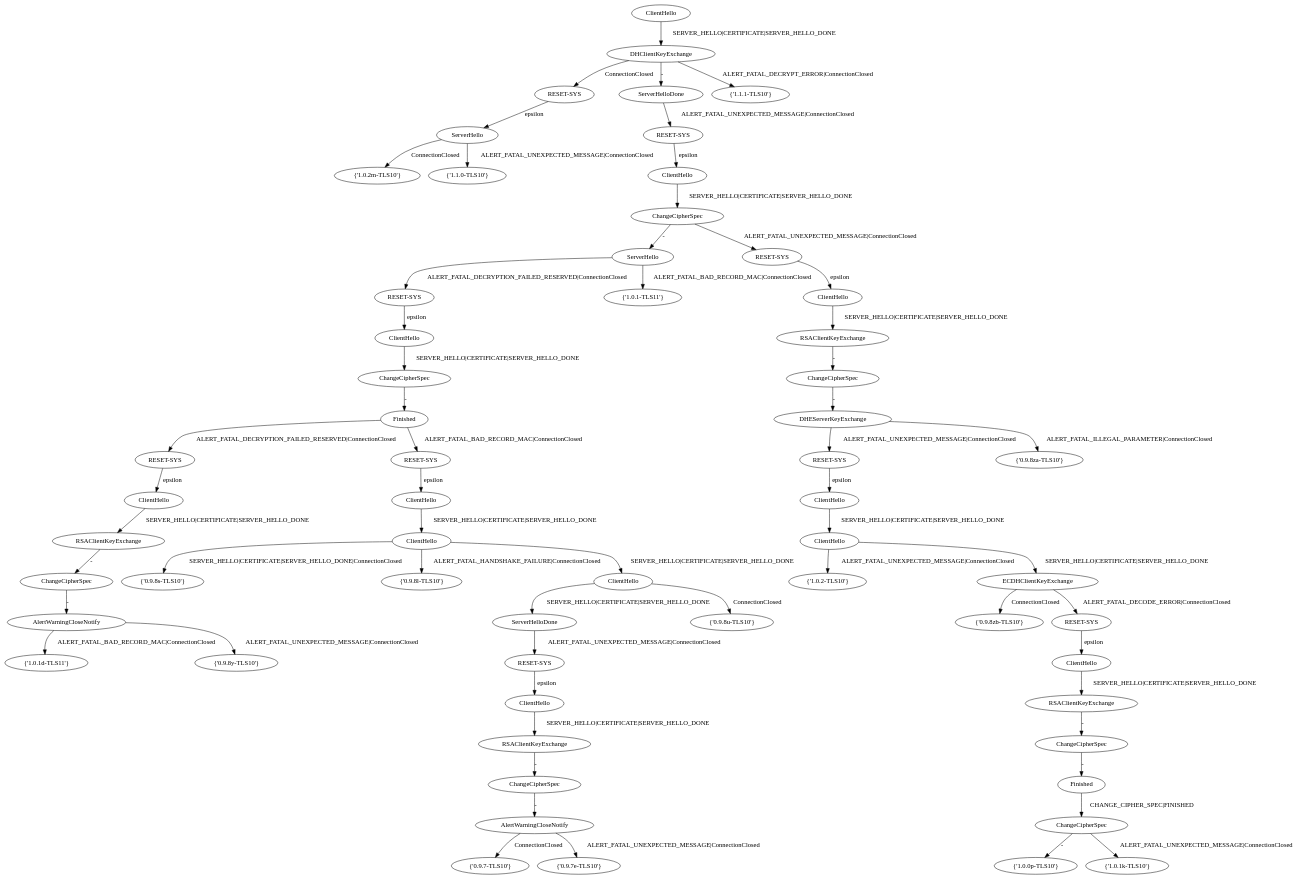
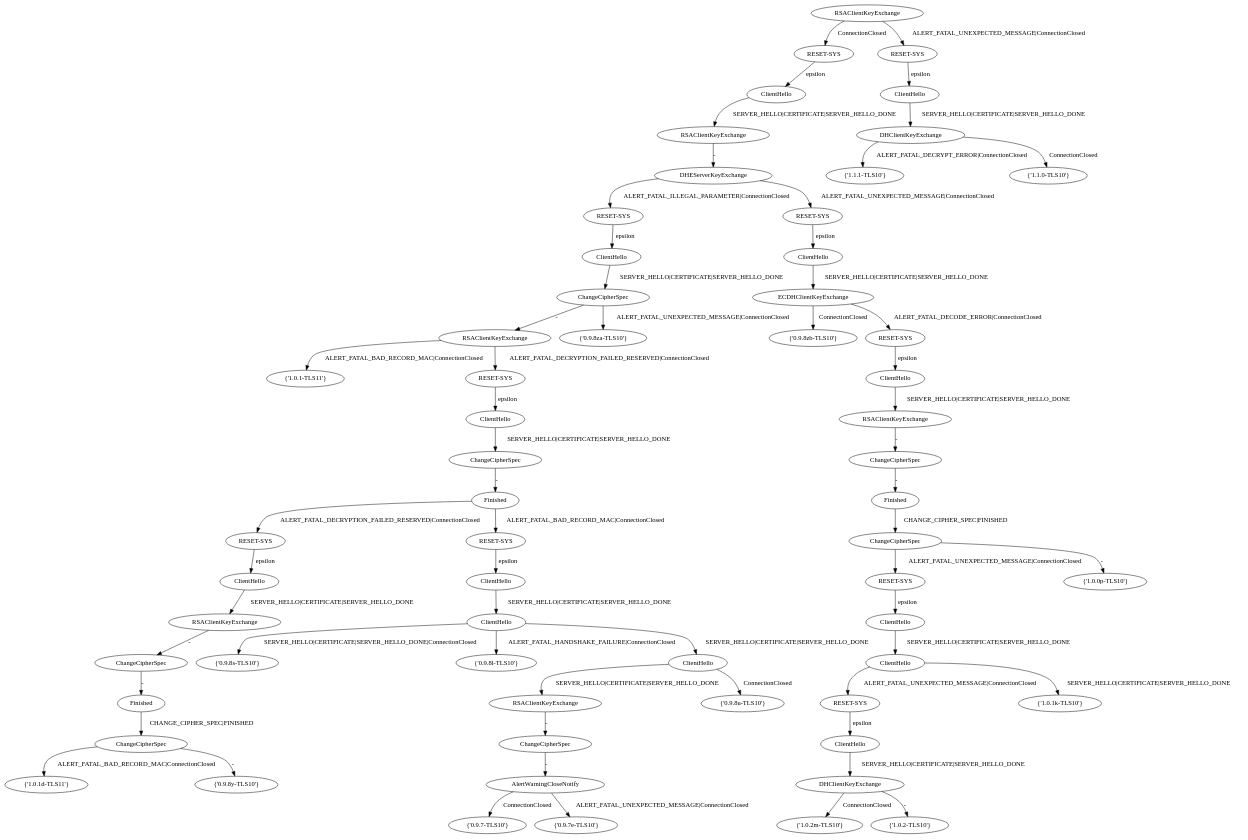
Before and after one commit to GianniM123/FFSM_fingerprint: the diagram in family-fingerprinter/CDS.dot, drawn with Graphviz. The commit also changed 3 other files, not shown here.

```diff
--- a/family-fingerprinter/CDS.dot
+++ b/family-fingerprinter/CDS.dot
@@ -1,178 +1,181 @@
 digraph "" {
 	node [label="\N"];
-	a0	[label=ClientHello];
-	a3	[label=DHClientKeyExchange];
-	a0 -> a3	[key=0,
+	a0	[label=RSAClientKeyExchange];
+	a1	[label="RESET-SYS"];
+	a0 -> a1	[key=0,
+		label=ConnectionClosed];
+	a2	[label="RESET-SYS"];
+	a0 -> a2	[key=0,
+		label="ALERT_FATAL_UNEXPECTED_MESSAGE|ConnectionClosed"];
+	a12	[label="{'1.1.1-TLS10'}"];
+	a16	[label="{'0.9.8s-TLS10'}"];
+	a18	[label="{'0.9.8l-TLS10'}"];
+	a14	[label=RSAClientKeyExchange];
+	a31	[label="{'1.0.1-TLS11'}"];
+	a14 -> a31	[key=0,
+		label="ALERT_FATAL_BAD_RECORD_MAC|ConnectionClosed"];
+	a32	[label="RESET-SYS"];
+	a14 -> a32	[key=0,
+		label="ALERT_FATAL_DECRYPTION_FAILED_RESERVED|ConnectionClosed"];
+	a4	[label=ClientHello];
+	a1 -> a4	[key=0,
+		label=epsilon];
+	a5	[label=ClientHello];
+	a2 -> a5	[key=0,
+		label=epsilon];
+	a19	[label=RSAClientKeyExchange];
+	a4 -> a19	[key=0,
 		label="SERVER_HELLO|CERTIFICATE|SERVER_HELLO_DONE"];
-	a9	[label="RESET-SYS"];
-	a3 -> a9	[key=0,
+	a45	[label=DHEServerKeyExchange];
+	a19 -> a45	[key=0,
+		label="-"];
+	a47	[label="{'1.0.2m-TLS10'}"];
+	a49	[label="RESET-SYS"];
+	a89	[label=ClientHello];
+	a49 -> a89	[key=0,
+		label=epsilon];
+	a20	[label=DHClientKeyExchange];
+	a5 -> a20	[key=0,
+		label="SERVER_HELLO|CERTIFICATE|SERVER_HELLO_DONE"];
+	a20 -> a12	[key=0,
+		label="ALERT_FATAL_DECRYPT_ERROR|ConnectionClosed"];
+	a51	[label="{'1.1.0-TLS10'}"];
+	a20 -> a51	[key=0,
 		label=ConnectionClosed];
-	a10	[label=ServerHelloDone];
-	a3 -> a10	[key=0,
+	a55	[label="{'0.9.7-TLS10'}"];
+	a56	[label="{'1.0.1d-TLS11'}"];
+	a134	[label="{'1.0.2-TLS10'}"];
+	a22	[label="RESET-SYS"];
+	a45 -> a22	[key=0,
+		label="ALERT_FATAL_ILLEGAL_PARAMETER|ConnectionClosed"];
+	a85	[label="RESET-SYS"];
+	a45 -> a85	[key=0,
+		label="ALERT_FATAL_UNEXPECTED_MESSAGE|ConnectionClosed"];
+	a53	[label=ClientHello];
+	a22 -> a53	[key=0,
+		label=epsilon];
+	a145	[label="{'0.9.8zb-TLS10'}"];
+	a92	[label=ChangeCipherSpec];
+	a53 -> a92	[key=0,
+		label="SERVER_HELLO|CERTIFICATE|SERVER_HELLO_DONE"];
+	a92 -> a14	[key=0,
 		label="-"];
-	a11	[label="{'1.1.1-TLS10'}"];
-	a3 -> a11	[key=0,
-		label="ALERT_FATAL_DECRYPT_ERROR|ConnectionClosed"];
-	a23	[label=ServerHello];
-	a9 -> a23	[key=0,
+	a150	[label="{'0.9.8za-TLS10'}"];
+	a92 -> a150	[key=0,
+		label="ALERT_FATAL_UNEXPECTED_MESSAGE|ConnectionClosed"];
+	a66	[label=ClientHello];
+	a32 -> a66	[key=0,
 		label=epsilon];
-	a24	[label="RESET-SYS"];
-	a10 -> a24	[key=0,
+	a115	[label=ChangeCipherSpec];
+	a66 -> a115	[key=0,
+		label="SERVER_HELLO|CERTIFICATE|SERVER_HELLO_DONE"];
+	a182	[label=Finished];
+	a115 -> a182	[key=0,
+		label="-"];
+	a34	[label="RESET-SYS"];
+	a68	[label=ClientHello];
+	a34 -> a68	[key=0,
+		label=epsilon];
+	a43	[label=RSAClientKeyExchange];
+	a80	[label=ChangeCipherSpec];
+	a43 -> a80	[key=0,
+		label="-"];
+	a130	[label=AlertWarningCloseNotify];
+	a80 -> a130	[key=0,
+		label="-"];
+	a130 -> a55	[key=0,
+		label=ConnectionClosed];
+	a207	[label="{'0.9.7e-TLS10'}"];
+	a130 -> a207	[key=0,
 		label="ALERT_FATAL_UNEXPECTED_MESSAGE|ConnectionClosed"];
-	a17	[label="{'0.9.8s-TLS10'}"];
-	a18	[label="{'0.9.8l-TLS10'}"];
-	a13	[label=ServerHello];
-	a29	[label="RESET-SYS"];
-	a13 -> a29	[key=8,
+	a214	[label="RESET-SYS"];
+	a303	[label=ClientHello];
+	a214 -> a303	[key=0,
+		label=epsilon];
+	a46	[label="RESET-SYS"];
+	a87	[label=ClientHello];
+	a46 -> a87	[key=0,
+		label=epsilon];
+	a140	[label=RSAClientKeyExchange];
+	a87 -> a140	[key=0,
+		label="SERVER_HELLO|CERTIFICATE|SERVER_HELLO_DONE"];
+	a218	[label=ChangeCipherSpec];
+	a140 -> a218	[key=0,
+		label="-"];
+	a142	[label=DHClientKeyExchange];
+	a89 -> a142	[key=0,
+		label="SERVER_HELLO|CERTIFICATE|SERVER_HELLO_DONE"];
+	a142 -> a47	[key=0,
+		label=ConnectionClosed];
+	a142 -> a134	[key=0,
+		label="-"];
+	a135	[label=ClientHello];
+	a85 -> a135	[key=0,
+		label=epsilon];
+	a210	[label=ECDHClientKeyExchange];
+	a135 -> a210	[key=0,
+		label="SERVER_HELLO|CERTIFICATE|SERVER_HELLO_DONE"];
+	a210 -> a145	[key=0,
+		label=ConnectionClosed];
+	a210 -> a46	[key=0,
+		label="ALERT_FATAL_DECODE_ERROR|ConnectionClosed"];
+	a350	[label="{'1.0.1k-TLS10'}"];
+	a365	[label="{'1.0.0p-TLS10'}"];
+	a117	[label=RSAClientKeyExchange];
+	a68 -> a117	[key=0,
+		label="SERVER_HELLO|CERTIFICATE|SERVER_HELLO_DONE"];
+	a188	[label=ChangeCipherSpec];
+	a117 -> a188	[key=0,
+		label="-"];
+	a280	[label=Finished];
+	a188 -> a280	[key=0,
+		label="-"];
+	a390	[label=ChangeCipherSpec];
+	a280 -> a390	[key=0,
+		label="CHANGE_CIPHER_SPEC|FINISHED"];
+	a390 -> a56	[key=1,
+		label="ALERT_FATAL_BAD_RECORD_MAC|ConnectionClosed"];
+	a499	[label="{'0.9.8y-TLS10'}"];
+	a390 -> a499	[key=0,
+		label="-"];
+	a411	[label=ClientHello];
+	a303 -> a411	[key=0,
+		label="SERVER_HELLO|CERTIFICATE|SERVER_HELLO_DONE"];
+	a411 -> a49	[key=0,
+		label="ALERT_FATAL_UNEXPECTED_MESSAGE|ConnectionClosed"];
+	a411 -> a350	[key=0,
+		label="SERVER_HELLO|CERTIFICATE|SERVER_HELLO_DONE"];
+	a307	[label=Finished];
+	a218 -> a307	[key=0,
+		label="-"];
+	a415	[label=ChangeCipherSpec];
+	a307 -> a415	[key=0,
+		label="CHANGE_CIPHER_SPEC|FINISHED"];
+	a415 -> a214	[key=0,
+		label="ALERT_FATAL_UNEXPECTED_MESSAGE|ConnectionClosed"];
+	a415 -> a365	[key=0,
+		label="-"];
+	a182 -> a34	[key=0,
 		label="ALERT_FATAL_DECRYPTION_FAILED_RESERVED|ConnectionClosed"];
-	a30	[label="{'1.0.1-TLS11'}"];
-	a13 -> a30	[key=8,
+	a269	[label="RESET-SYS"];
+	a182 -> a269	[key=0,
 		label="ALERT_FATAL_BAD_RECORD_MAC|ConnectionClosed"];
-	a59	[label=ClientHello];
-	a29 -> a59	[key=0,
+	a381	[label=ClientHello];
+	a269 -> a381	[key=0,
 		label=epsilon];
-	a46	[label="{'1.0.2m-TLS10'}"];
-	a50	[label="{'1.1.0-TLS10'}"];
-	a23 -> a46	[key=8,
+	a494	[label=ClientHello];
+	a381 -> a494	[key=0,
+		label="SERVER_HELLO|CERTIFICATE|SERVER_HELLO_DONE"];
+	a494 -> a16	[key=0,
+		label="SERVER_HELLO|CERTIFICATE|SERVER_HELLO_DONE|ConnectionClosed"];
+	a494 -> a18	[key=0,
+		label="ALERT_FATAL_HANDSHAKE_FAILURE|ConnectionClosed"];
+	a606	[label=ClientHello];
+	a494 -> a606	[key=0,
+		label="SERVER_HELLO|CERTIFICATE|SERVER_HELLO_DONE"];
+	a606 -> a43	[key=0,
+		label="SERVER_HELLO|CERTIFICATE|SERVER_HELLO_DONE"];
+	a739	[label="{'0.9.8u-TLS10'}"];
+	a606 -> a739	[key=0,
 		label=ConnectionClosed];
-	a23 -> a50	[key=8,
-		label="ALERT_FATAL_UNEXPECTED_MESSAGE|ConnectionClosed"];
-	a63	[label="{'1.0.1d-TLS11'}"];
-	a66	[label="{'0.9.7-TLS10'}"];
-	a150	[label="{'0.9.8zb-TLS10'}"];
-	a55	[label=ClientHello];
-	a24 -> a55	[key=0,
-		label=epsilon];
-	a99	[label=ChangeCipherSpec];
-	a55 -> a99	[key=0,
-		label="SERVER_HELLO|CERTIFICATE|SERVER_HELLO_DONE"];
-	a99 -> a13	[key=0,
-		label="-"];
-	a157	[label="RESET-SYS"];
-	a99 -> a157	[key=0,
-		label="ALERT_FATAL_UNEXPECTED_MESSAGE|ConnectionClosed"];
-	a159	[label="{'1.0.2-TLS10'}"];
-	a27	[label="RESET-SYS"];
-	a57	[label=ClientHello];
-	a27 -> a57	[key=0,
-		label=epsilon];
-	a161	[label="{'0.9.8za-TLS10'}"];
-	a101	[label=ClientHello];
-	a57 -> a101	[key=0,
-		label="SERVER_HELLO|CERTIFICATE|SERVER_HELLO_DONE"];
-	a101 -> a159	[key=0,
-		label="ALERT_FATAL_UNEXPECTED_MESSAGE|ConnectionClosed"];
-	a166	[label=ECDHClientKeyExchange];
-	a101 -> a166	[key=0,
-		label="SERVER_HELLO|CERTIFICATE|SERVER_HELLO_DONE"];
-	a166 -> a150	[key=0,
-		label=ConnectionClosed];
-	a38	[label="RESET-SYS"];
-	a166 -> a38	[key=0,
-		label="ALERT_FATAL_DECODE_ERROR|ConnectionClosed"];
-	a105	[label=ChangeCipherSpec];
-	a59 -> a105	[key=0,
-		label="SERVER_HELLO|CERTIFICATE|SERVER_HELLO_DONE"];
-	a172	[label=Finished];
-	a105 -> a172	[key=0,
-		label="-"];
-	a32	[label="RESET-SYS"];
-	a61	[label=ClientHello];
-	a32 -> a61	[key=0,
-		label=epsilon];
-	a43	[label=ServerHelloDone];
-	a80	[label="RESET-SYS"];
-	a43 -> a80	[key=0,
-		label="ALERT_FATAL_UNEXPECTED_MESSAGE|ConnectionClosed"];
-	a205	[label="{'0.9.7e-TLS10'}"];
-	a72	[label=ClientHello];
-	a38 -> a72	[key=0,
-		label=epsilon];
-	a250	[label="RESET-SYS"];
-	a346	[label=ClientHello];
-	a250 -> a346	[key=0,
-		label=epsilon];
-	a312	[label="{'1.0.0p-TLS10'}"];
-	a107	[label=RSAClientKeyExchange];
-	a61 -> a107	[key=0,
-		label="SERVER_HELLO|CERTIFICATE|SERVER_HELLO_DONE"];
-	a181	[label=ChangeCipherSpec];
-	a107 -> a181	[key=0,
-		label="-"];
-	a263	[label=AlertWarningCloseNotify];
-	a181 -> a263	[key=0,
-		label="-"];
-	a263 -> a63	[key=2,
-		label="ALERT_FATAL_BAD_RECORD_MAC|ConnectionClosed"];
-	a360	[label="{'0.9.8y-TLS10'}"];
-	a263 -> a360	[key=2,
-		label="ALERT_FATAL_UNEXPECTED_MESSAGE|ConnectionClosed"];
-	a235	[label=ClientHello];
-	a157 -> a235	[key=0,
-		label=epsilon];
-	a329	[label=RSAClientKeyExchange];
-	a235 -> a329	[key=0,
-		label="SERVER_HELLO|CERTIFICATE|SERVER_HELLO_DONE"];
-	a436	[label=ChangeCipherSpec];
-	a329 -> a436	[key=0,
-		label="-"];
-	a503	[label="{'1.0.1k-TLS10'}"];
-	a122	[label=RSAClientKeyExchange];
-	a72 -> a122	[key=0,
-		label="SERVER_HELLO|CERTIFICATE|SERVER_HELLO_DONE"];
-	a195	[label=ChangeCipherSpec];
-	a122 -> a195	[key=0,
-		label="-"];
-	a286	[label=Finished];
-	a195 -> a286	[key=0,
-		label="-"];
-	a395	[label=ChangeCipherSpec];
-	a286 -> a395	[key=0,
-		label="CHANGE_CIPHER_SPEC|FINISHED"];
-	a395 -> a312	[key=0,
-		label="-"];
-	a395 -> a503	[key=0,
-		label="ALERT_FATAL_UNEXPECTED_MESSAGE|ConnectionClosed"];
-	a131	[label=ClientHello];
-	a80 -> a131	[key=0,
-		label=epsilon];
-	a204	[label=RSAClientKeyExchange];
-	a131 -> a204	[key=0,
-		label="SERVER_HELLO|CERTIFICATE|SERVER_HELLO_DONE"];
-	a295	[label=ChangeCipherSpec];
-	a204 -> a295	[key=0,
-		label="-"];
-	a404	[label=AlertWarningCloseNotify];
-	a295 -> a404	[key=0,
-		label="-"];
-	a404 -> a66	[key=2,
-		label=ConnectionClosed];
-	a404 -> a205	[key=2,
-		label="ALERT_FATAL_UNEXPECTED_MESSAGE|ConnectionClosed"];
-	a550	[label=DHEServerKeyExchange];
-	a436 -> a550	[key=0,
-		label="-"];
-	a172 -> a32	[key=0,
-		label="ALERT_FATAL_DECRYPTION_FAILED_RESERVED|ConnectionClosed"];
-	a172 -> a250	[key=0,
-		label="ALERT_FATAL_BAD_RECORD_MAC|ConnectionClosed"];
-	a459	[label=ClientHello];
-	a346 -> a459	[key=0,
-		label="SERVER_HELLO|CERTIFICATE|SERVER_HELLO_DONE"];
-	a459 -> a17	[key=0,
-		label="SERVER_HELLO|CERTIFICATE|SERVER_HELLO_DONE|ConnectionClosed"];
-	a459 -> a18	[key=0,
-		label="ALERT_FATAL_HANDSHAKE_FAILURE|ConnectionClosed"];
-	a576	[label=ClientHello];
-	a459 -> a576	[key=0,
-		label="SERVER_HELLO|CERTIFICATE|SERVER_HELLO_DONE"];
-	a576 -> a43	[key=0,
-		label="SERVER_HELLO|CERTIFICATE|SERVER_HELLO_DONE"];
-	a699	[label="{'0.9.8u-TLS10'}"];
-	a576 -> a699	[key=0,
-		label=ConnectionClosed];
-	a550 -> a27	[key=0,
-		label="ALERT_FATAL_UNEXPECTED_MESSAGE|ConnectionClosed"];
-	a550 -> a161	[key=0,
-		label="ALERT_FATAL_ILLEGAL_PARAMETER|ConnectionClosed"];
 }
```
